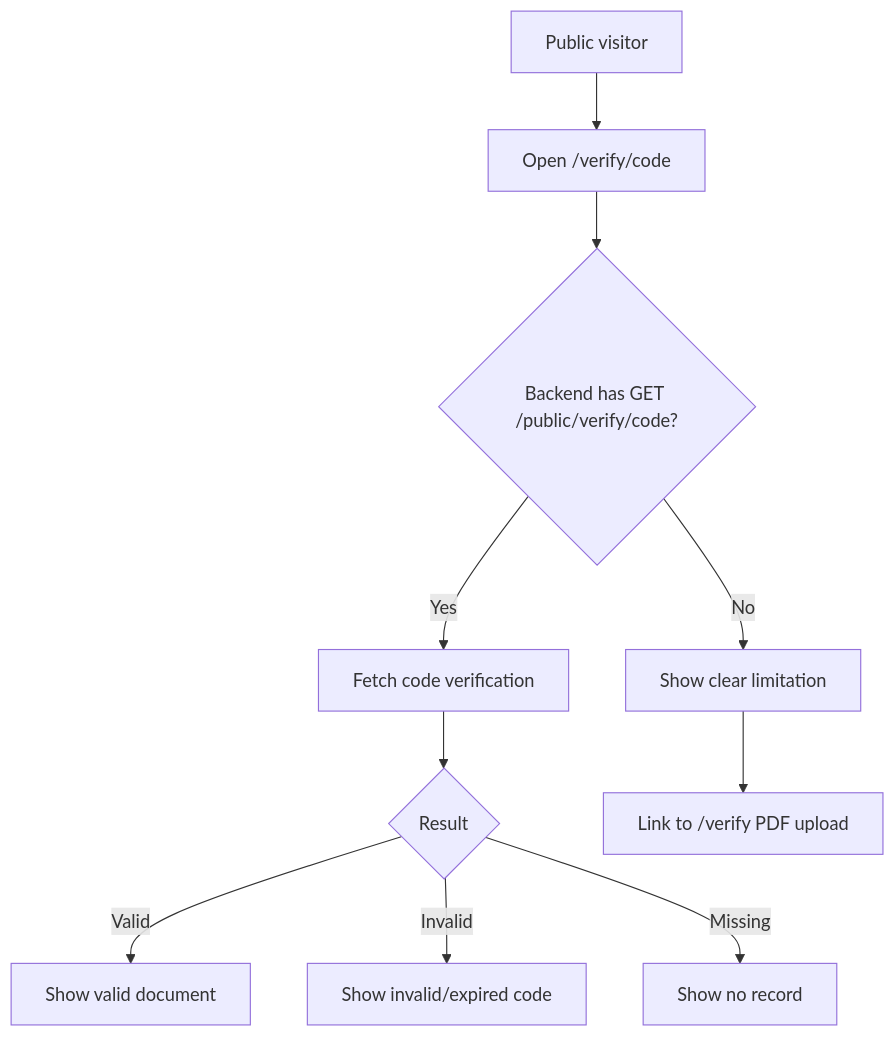
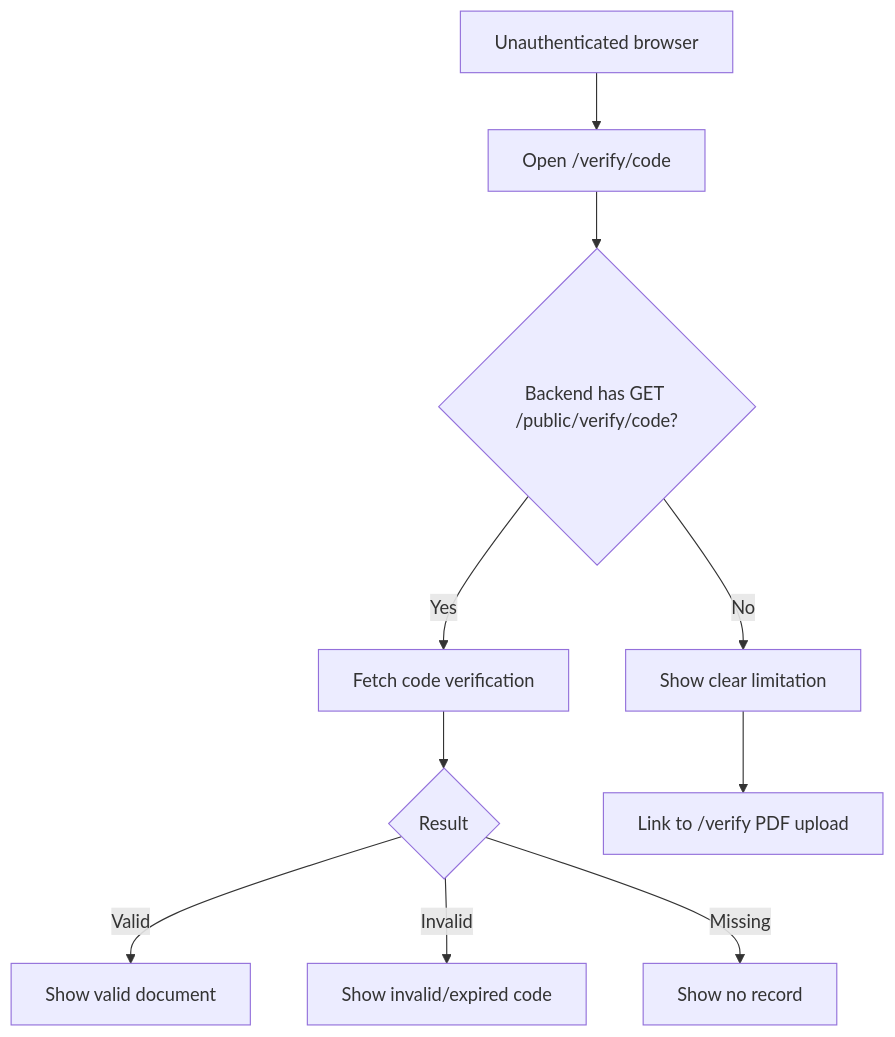
The ninth of 18 diagrams in docs/LEXCHAIN-WORKFLOW-FLOWCHARTS.md (agustinelumandong/LexChain), drawn with Mermaid before and after one commit. The commit also changed other lines of this file and 6 other files, not shown here.

````diff
--- a/docs/LEXCHAIN-WORKFLOW-FLOWCHARTS.md
+++ b/docs/LEXCHAIN-WORKFLOW-FLOWCHARTS.md
@@ -218,14 +220,14 @@
 ```mermaid
 flowchart TD
-  Visitor[Public visitor] --> CodeUrl["Open /verify/code"]
+  Browser[Unauthenticated browser] --> CodeUrl["Open /verify/code"]
   CodeUrl --> BackendSupport{"Backend has GET /public/verify/code?"}
 
   BackendSupport -- Yes --> FetchCode[Fetch code verification]
   FetchCode --> CodeResult{Result}
   CodeResult -- Valid --> ShowValid[Show valid document]
   CodeResult -- Invalid --> ShowInvalid["Show invalid/expired code"]
   CodeResult -- Missing --> ShowMissing[Show no record]
 
   BackendSupport -- No --> Limitation[Show clear limitation]
   Limitation --> PdfFallback[Link to /verify PDF upload]
 ```
````
